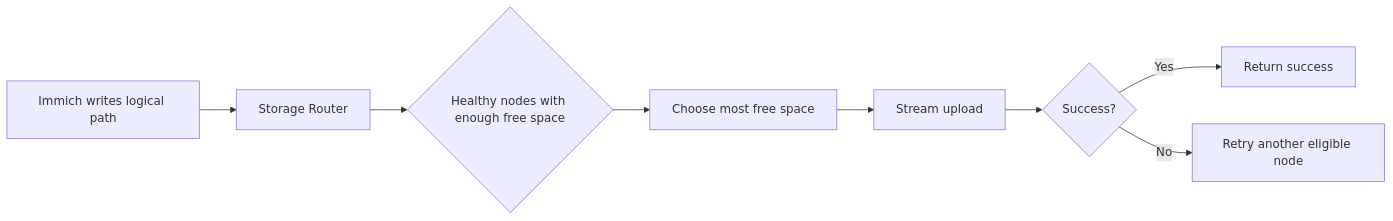
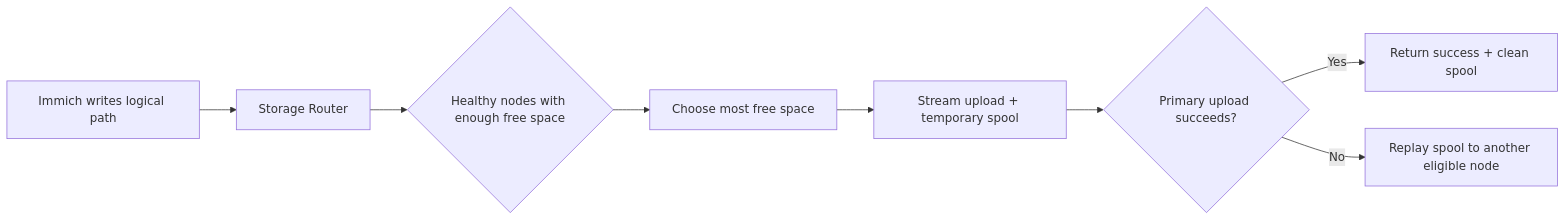
Before and after one commit to bowardzhang/immich: the third of 6 diagrams in RAILWAY_REMOTE_STORAGE.en.md, drawn with Mermaid. The commit also changed other lines of this file, not shown here.

Commit message:
docs: sync English Railway guide with current architecture

````diff
--- a/RAILWAY_REMOTE_STORAGE.en.md
+++ b/RAILWAY_REMOTE_STORAGE.en.md
@@ -98,10 +101,10 @@
 ```mermaid
 flowchart LR
     A[Immich writes logical path] --> B[Storage Router]
     B --> C{Healthy nodes with enough free space}
     C --> D[Choose most free space]
-    D --> E[Stream upload]
-    E --> F{Success?}
-    F -- Yes --> G[Return success]
-    F -- No --> H[Retry another eligible node]
+    D --> E[Stream upload + temporary spool]
+    E --> F{Primary upload succeeds?}
+    F -- Yes --> G[Return success + clean spool]
+    F -- No --> H[Replay spool to another eligible node]
 ```
````
